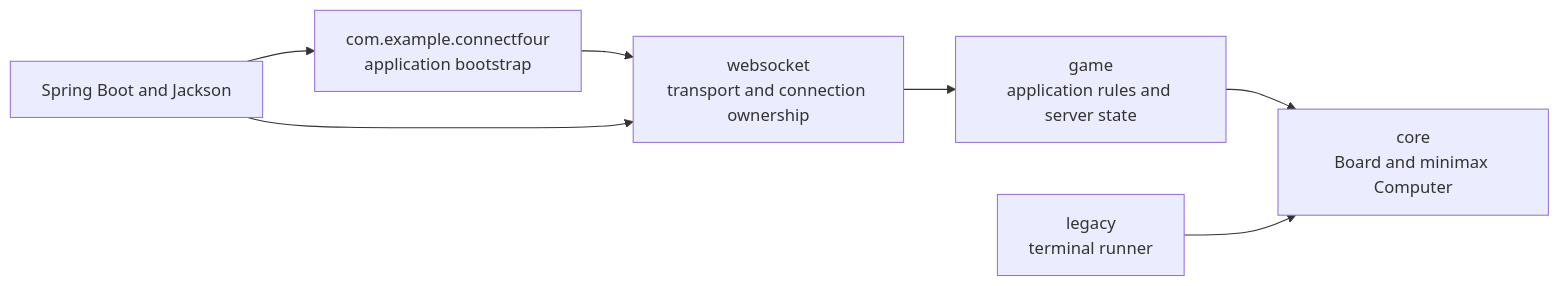
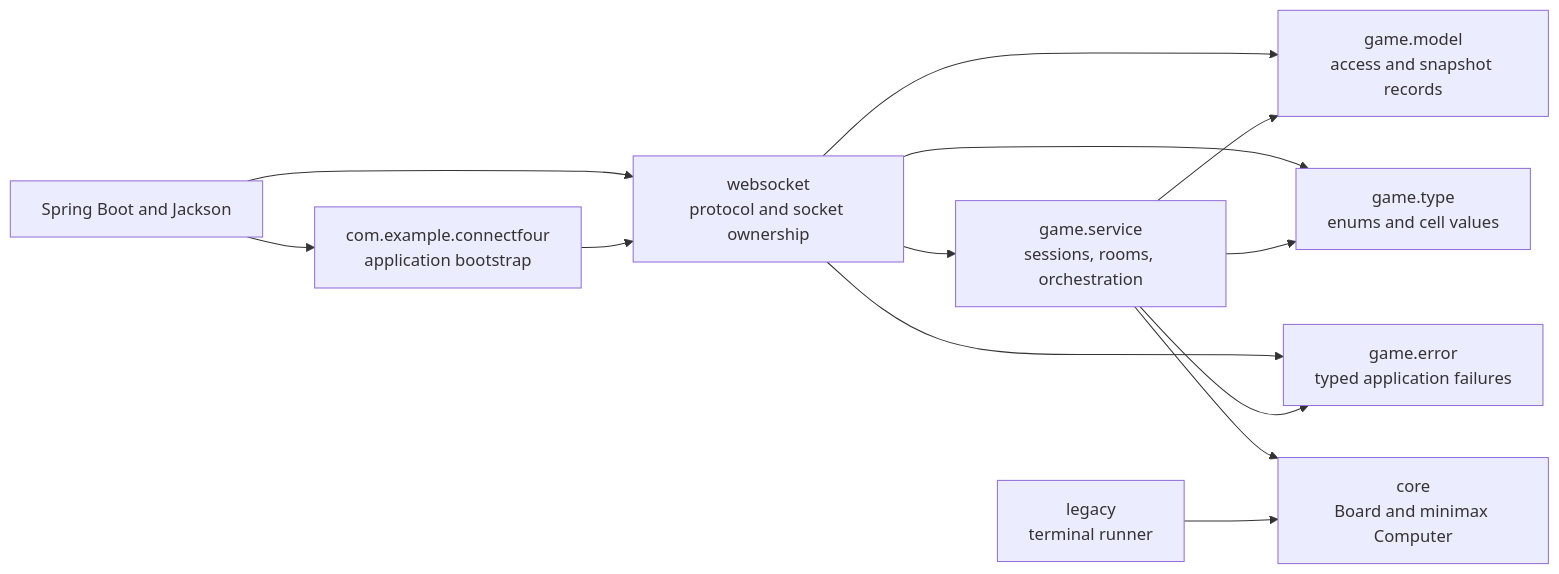
The first of 2 diagrams in docs/backend-design.md (blam135/Connect-4-Game), drawn with Mermaid before and after one commit. The commit also changed other lines of this file and 36 other files, not shown here.

````diff
--- a/docs/backend-design.md
+++ b/docs/backend-design.md
@@ -10,16 +12,25 @@
 ```mermaid
 flowchart LR
     Boot["com.example.connectfour<br/>application bootstrap"]
-    Transport["websocket<br/>transport and connection ownership"]
-    Game["game<br/>application rules and server state"]
+    Transport["websocket<br/>protocol and socket ownership"]
+    GameService["game.service<br/>sessions, rooms, orchestration"]
+    GameModel["game.model<br/>access and snapshot records"]
+    GameType["game.type<br/>enums and cell values"]
+    GameError["game.error<br/>typed application failures"]
     Core["core<br/>Board and minimax Computer"]
     Legacy["legacy<br/>terminal runner"]
     Spring["Spring Boot and Jackson"]
 
-    Boot --> Transport
     Spring --> Boot
     Spring --> Transport
-    Transport --> Game
-    Game --> Core
+    Boot --> Transport
+    Transport --> GameService
+    Transport --> GameModel
+    Transport --> GameType
+    Transport --> GameError
+    GameService --> GameModel
+    GameService --> GameType
+    GameService --> GameError
+    GameService --> Core
     Legacy --> Core
 ```
````
